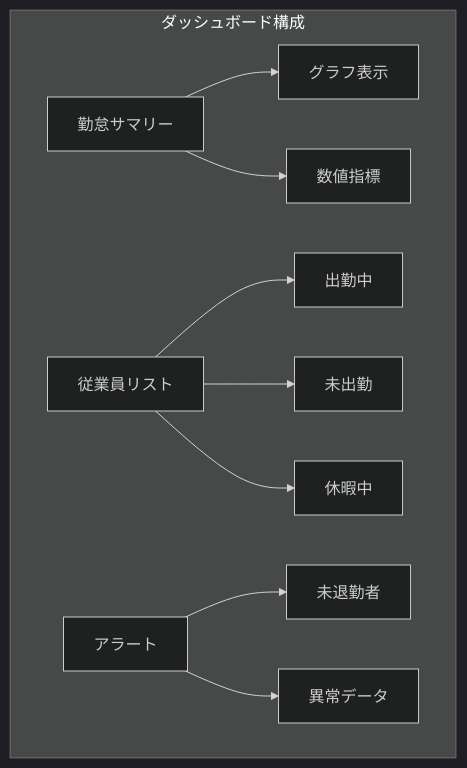
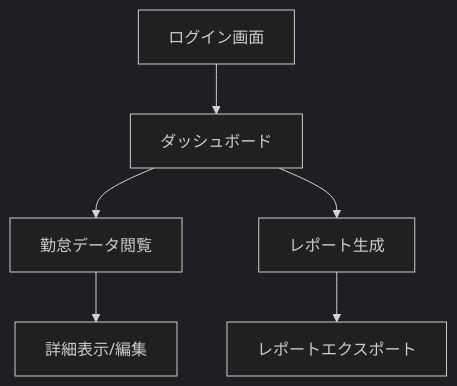
The second of 2 diagrams in doc/design_layout.md (yamasaw/attendance-management-by-ai-driven), drawn with Mermaid (dark theme) before and after one commit. The commit also changed other lines of this file, not shown here.

````diff
--- a/doc/design_layout.md
+++ b/doc/design_layout.md
@@ -91,12 +67,8 @@
 ```mermaid
-graph TD
-    subgraph ダッシュボード構成
-    A[勤怠サマリー] --> B[グラフ表示]
-    A --> C[数値指標]
-    D[従業員リスト] --> E[出勤中]
-    D --> F[未出勤]
-    D --> G[休暇中]
-    H[アラート] --> I[未退勤者]
-    H --> J[異常データ]
-    end
+flowchart TD
+    D[ログイン画面] --> E[ダッシュボード]
+    E --> F[勤怠データ閲覧]
+    E --> G[レポート生成]
+    F --> H[詳細表示/編集]
+    G --> I[レポートエクスポート]
 ```
````
